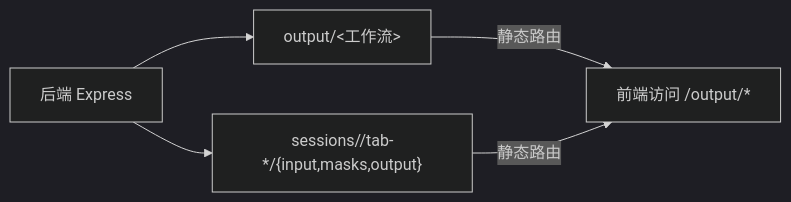
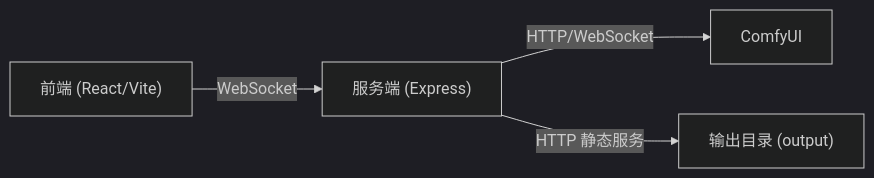
One commit to billye220670/CorineKit_Pix2Real changed the fifth of 5 diagrams in .qoder/repowiki/zh/content/快速开始.md. Above: the diagram before and after it, drawn with Mermaid (dark theme). The commit also changed other lines of this file and 315 other files, not shown here.

````diff
--- a/.qoder/repowiki/zh/content/快速开始.md
+++ b/.qoder/repowiki/zh/content/快速开始.md
@@ -204,7 +225,6 @@
 ```mermaid
 graph LR
-OUT["output/<工作流>"] --> |静态路由| FE["前端访问 /output/*"]
-SES["sessions/<sessionId>/tab-*/{input,masks,output}"] --> |静态路由| FE
-BE["后端 Express"] --> OUT
-BE --> SES
+FE["前端 (React/Vite)"] -- "WebSocket" --> SE["服务端 (Express)"]
+SE -- "HTTP/WebSocket" --> CU["ComfyUI"]
+SE -- "HTTP 静态服务" --> OUT["输出目录 (output)"]
 ```
````
